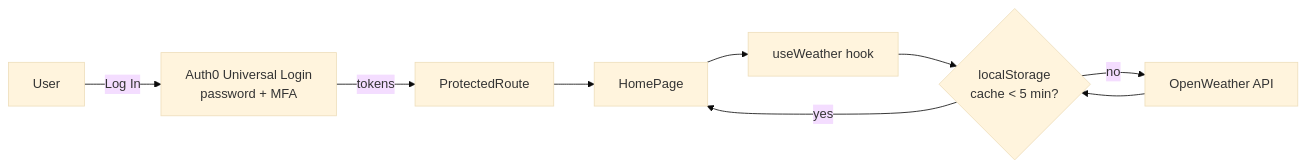
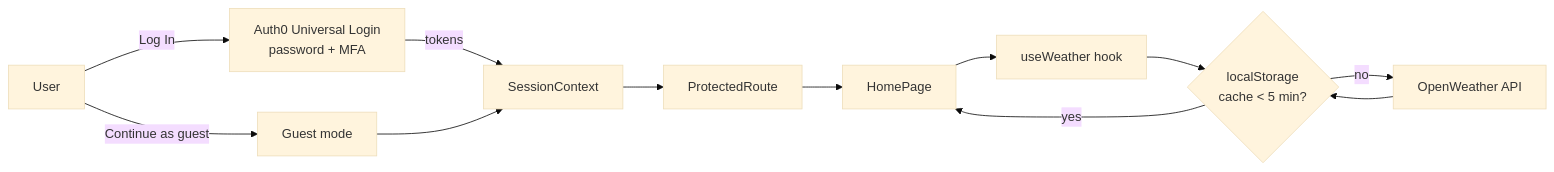
One commit to AshanOdi/Weather-App changed the diagram in README.md. Above: the diagram before and after it, drawn with Mermaid (base theme). The commit also changed other lines of this file, not shown here.

Commit message:
docs: document guest mode in README

````diff
--- a/README.md
+++ b/README.md
@@ -187,11 +203,14 @@
 ```mermaid
 flowchart LR
     U[User] -->|Log In| A[Auth0 Universal Login<br/>password + MFA]
-    A -->|tokens| P[ProtectedRoute]
+    U -->|Continue as guest| G[Guest mode]
+    A -->|tokens| S[SessionContext]
+    G --> S
+    S --> P[ProtectedRoute]
     P --> H[HomePage]
     H --> W[useWeather hook]
     W --> C{localStorage<br/>cache < 5 min?}
     C -- yes --> H
     C -- no --> O[OpenWeather API]
     O --> C
 ```
````
